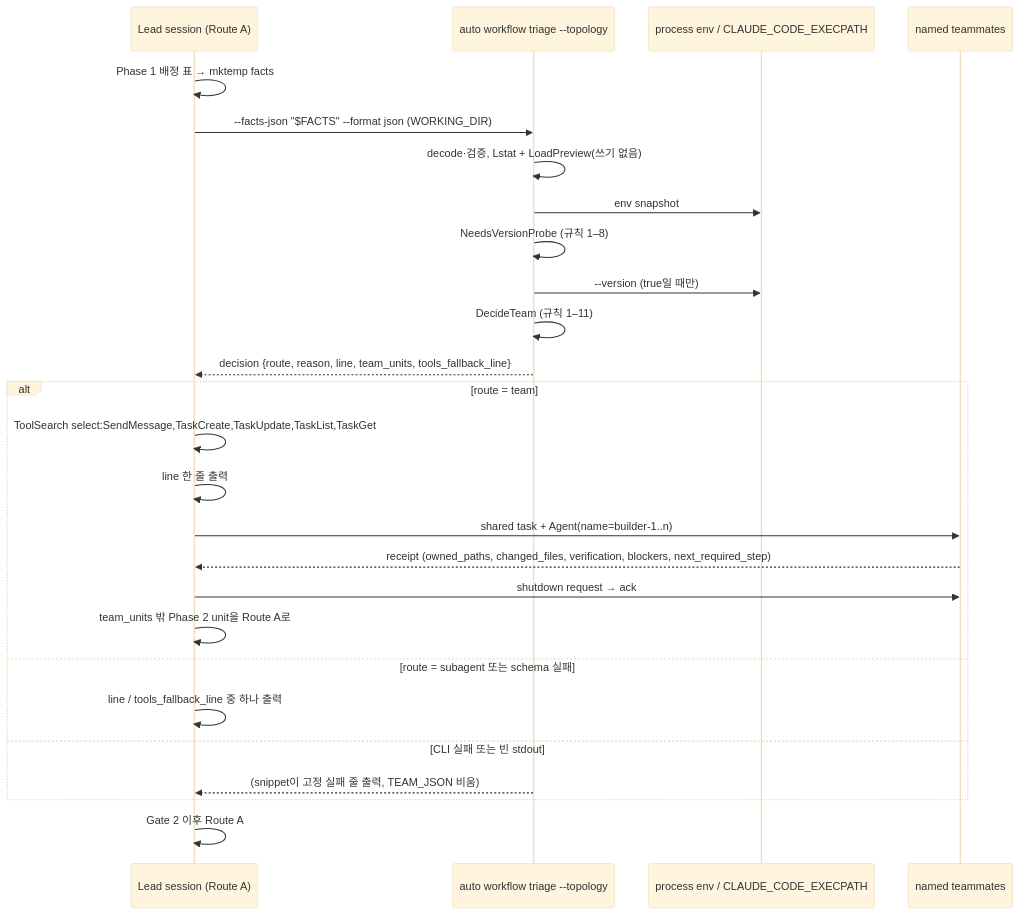
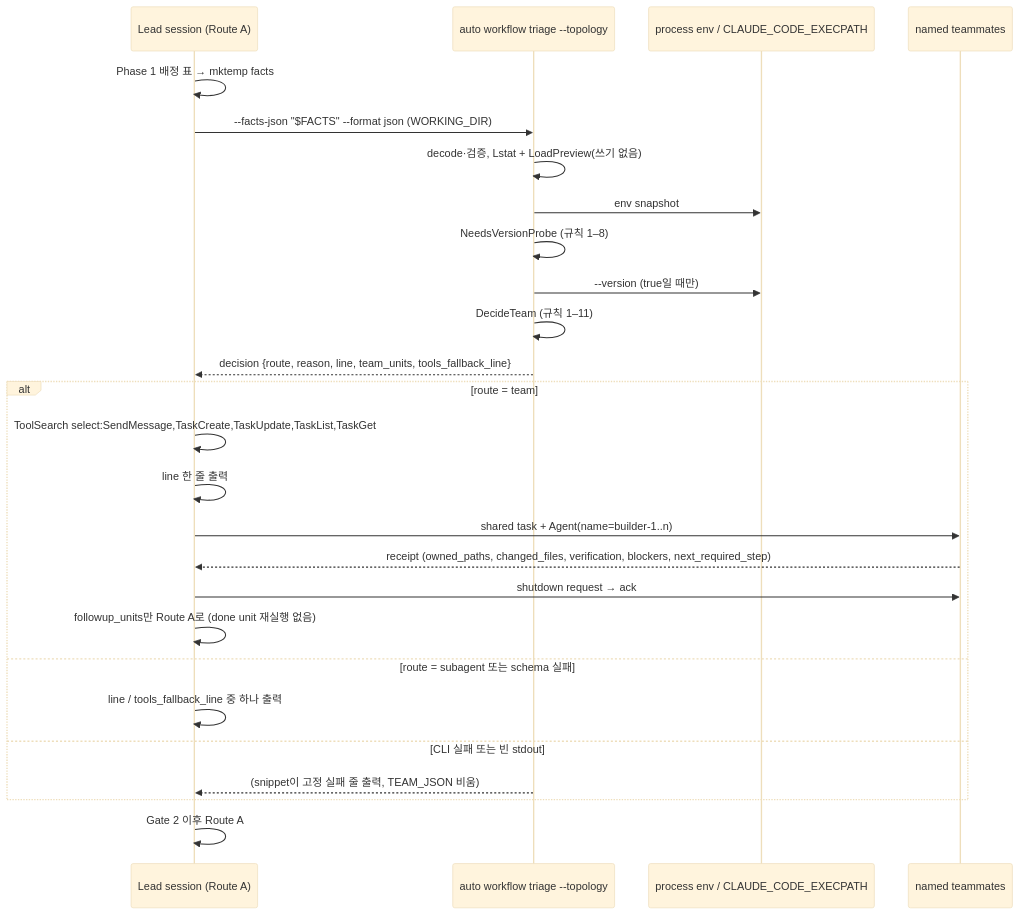
One commit to Oscar-Williams/autopus-adk changed the diagram in .autopus/specs/SPEC-TEAMAUTO-001/plan.md. Above: the diagram before and after it, drawn with Mermaid (base theme). The commit also changed other lines of this file and 4 other files, not shown here.

````diff
--- a/.autopus/specs/SPEC-TEAMAUTO-001/plan.md
+++ b/.autopus/specs/SPEC-TEAMAUTO-001/plan.md
@@ -31,28 +31,28 @@
 ```mermaid
 sequenceDiagram
   participant L as Lead session (Route A)
   participant C as auto workflow triage --topology
   participant E as process env / CLAUDE_CODE_EXECPATH
   participant T as named teammates
   L->>L: Phase 1 배정 표 → mktemp facts
   L->>C: --facts-json "$FACTS" --format json (WORKING_DIR)
   C->>C: decode·검증, Lstat + LoadPreview(쓰기 없음)
   C->>E: env snapshot
   C->>C: NeedsVersionProbe (규칙 1–8)
   C->>E: --version (true일 때만)
   C->>C: DecideTeam (규칙 1–11)
   C-->>L: decision {route, reason, line, team_units, tools_fallback_line}
   alt route = team
     L->>L: ToolSearch select:SendMessage,TaskCreate,TaskUpdate,TaskList,TaskGet
     L->>L: line 한 줄 출력
     L->>T: shared task + Agent(name=builder-1..n)
     T-->>L: receipt (owned_paths, changed_files, verification, blockers, next_required_step)
     L->>T: shutdown request → ack
-    L->>L: team_units 밖 Phase 2 unit을 Route A로
+    L->>L: followup_units만 Route A로 (done unit 재실행 없음)
   else route = subagent 또는 schema 실패
     L->>L: line / tools_fallback_line 중 하나 출력
   else CLI 실패 또는 빈 stdout
     C-->>L: (snippet이 고정 실패 줄 출력, TEAM_JSON 비움)
   end
   L->>L: Gate 2 이후 Route A
 ```
````
